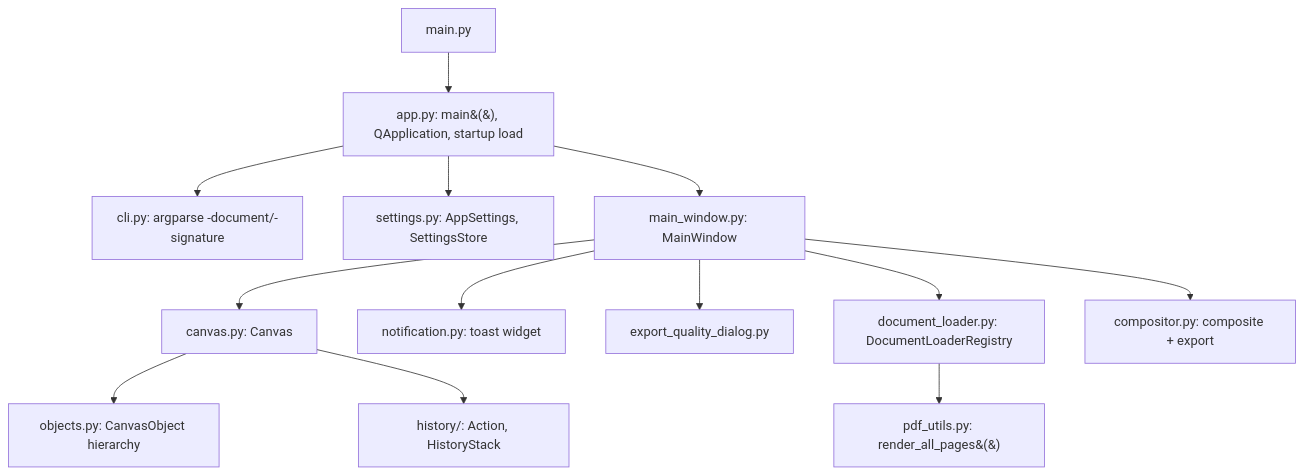
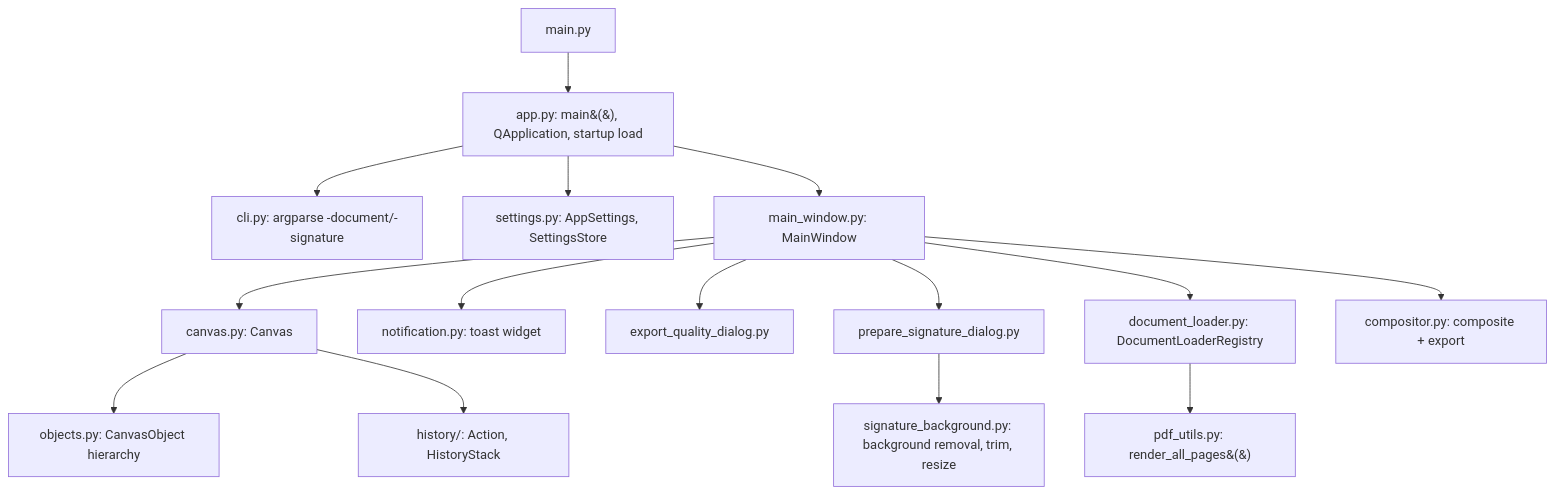
Before and after one commit to jmalenko/signer: the diagram in DESIGN.md, drawn with Mermaid. The commit also changed other lines of this file and 8 other files, not shown here.

Commit message:
Version 1.2.37 - Prepare Signature Tool

````diff
--- a/DESIGN.md
+++ b/DESIGN.md
@@ -67,15 +67,17 @@
 ```mermaid
 flowchart TD
     main[main.py] --> app[app.py: main&#40;&#41;, QApplication, startup load]
     app --> cli[cli.py: argparse -document/-signature]
     app --> settings[settings.py: AppSettings, SettingsStore]
     app --> mw[main_window.py: MainWindow]
     mw --> canvas[canvas.py: Canvas]
     mw --> notification[notification.py: toast widget]
     mw --> quality[export_quality_dialog.py]
+    mw --> prepsig[prepare_signature_dialog.py]
+    prepsig --> sigbg[signature_background.py: background removal, trim, resize]
     canvas --> objects[objects.py: CanvasObject hierarchy]
     canvas --> history[history/: Action, HistoryStack]
     mw --> loader[document_loader.py: DocumentLoaderRegistry]
     loader --> pdf_utils[pdf_utils.py: render_all_pages&#40;&#41;]
     mw --> compositor[compositor.py: composite + export]
 ```
````
